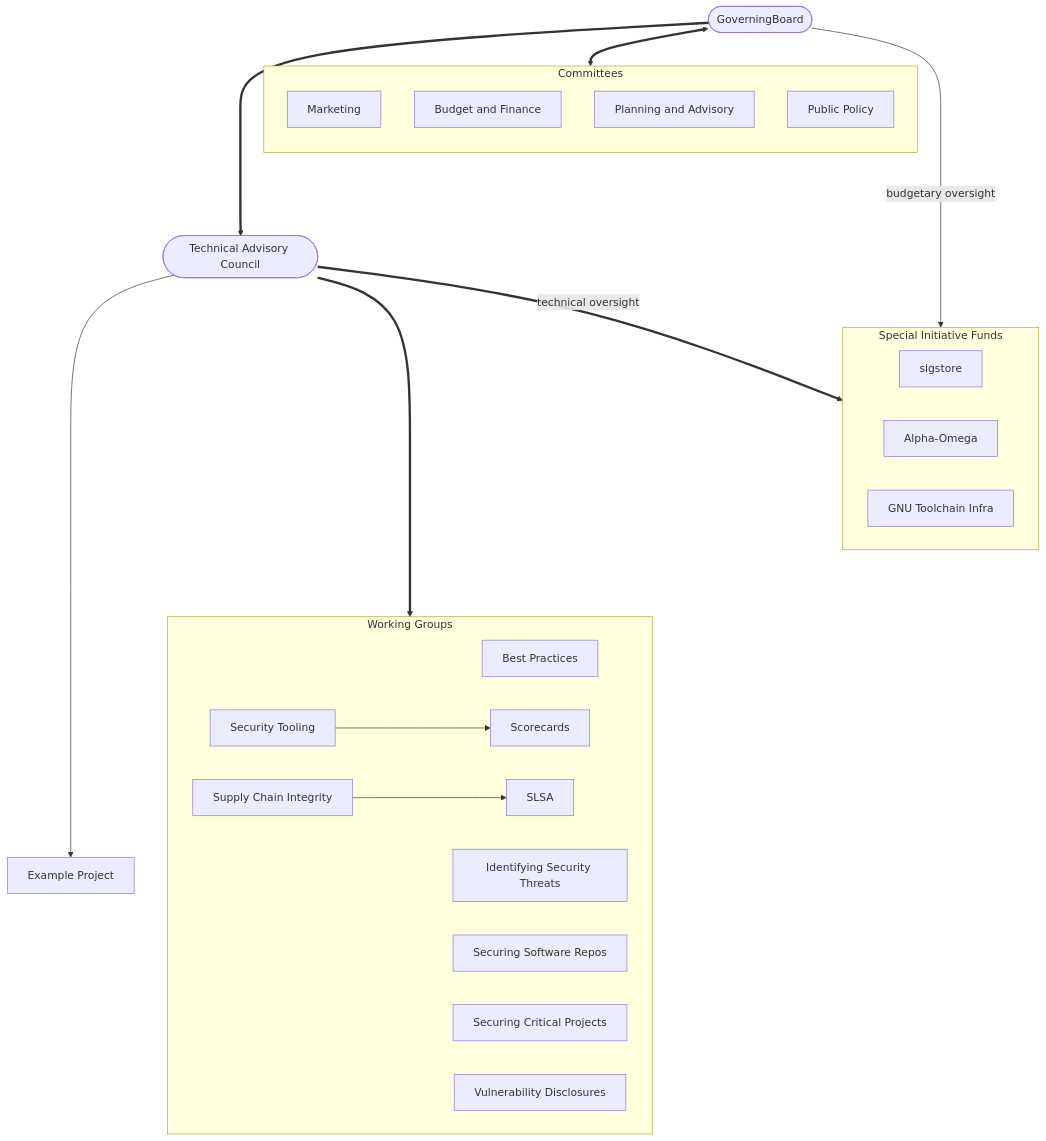
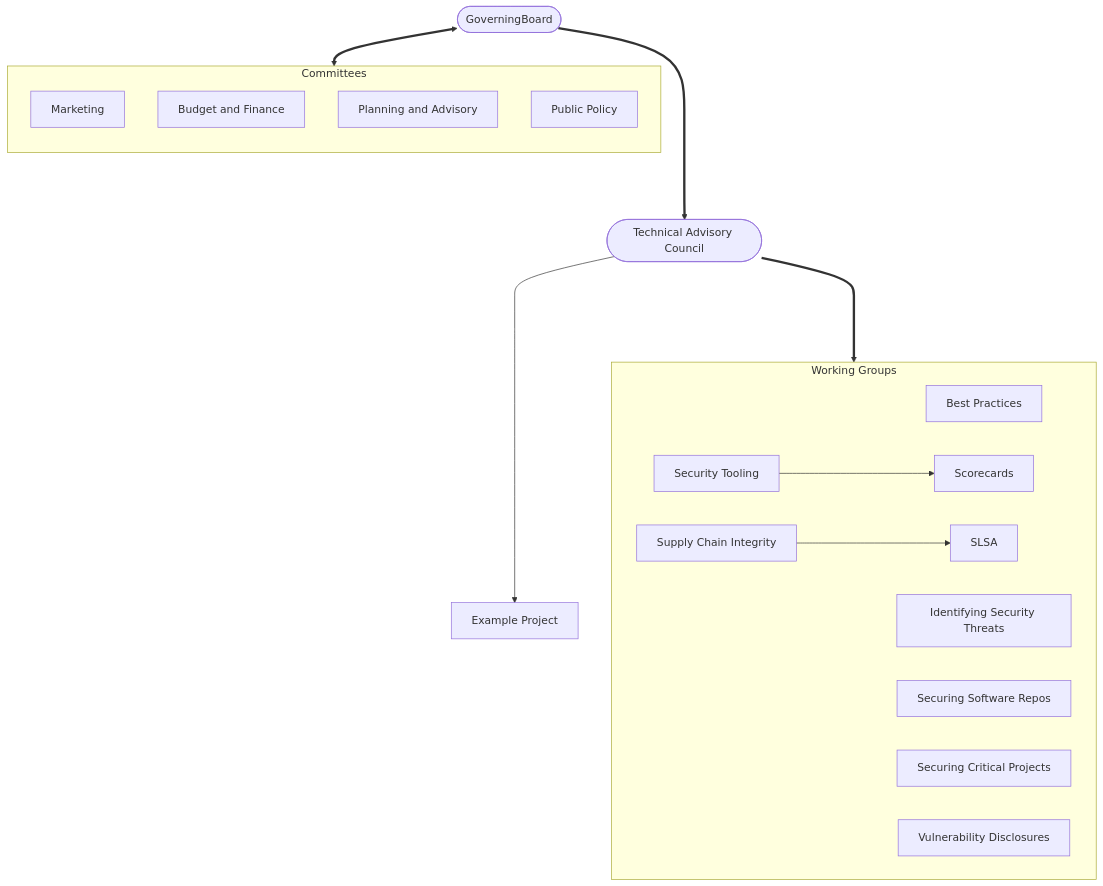
Before and after one commit to ossf/tac: the diagram in organizational-structure-overview.md, drawn with Mermaid. The commit also changed other lines of this file, not shown here.

````diff
--- a/organizational-structure-overview.md
+++ b/organizational-structure-overview.md
@@ -50,38 +51,30 @@
 ```mermaid
 flowchart TB
     A([GoverningBoard])
 
     subgraph subC[Committees]
         direction TB
         Market[Marketing]
         Budget[Budget and Finance]
         Plan[Planning and Advisory]
         Policy[Public Policy]
     end
     A <==> subC
     A ====> B([Technical Advisory Council])
 
     subgraph subWG[Working Groups]
         BP[Best Practices]
         IST[Identifying Security Threats]
         REP[Securing Software Repos]
         SCI[Supply Chain Integrity]
         SCP[Securing Critical Projects]
         ST[Security Tooling]
         VD[Vulnerability Disclosures]
 
         ST ---> P2[Scorecards]
         SCI ---> P3[SLSA]
     end
     B ====> subWG
 
     B ----> P1[Example Project]
-
-    subgraph subSIF[Special Initiative Funds]
-        ss[sigstore]
-        ao[Alpha-Omega]
-        gti[GNU Toolchain Infra]
-    end
-    B ==technical oversight==> subSIF
-    A --budgetary oversight--> subSIF
 ```
````
